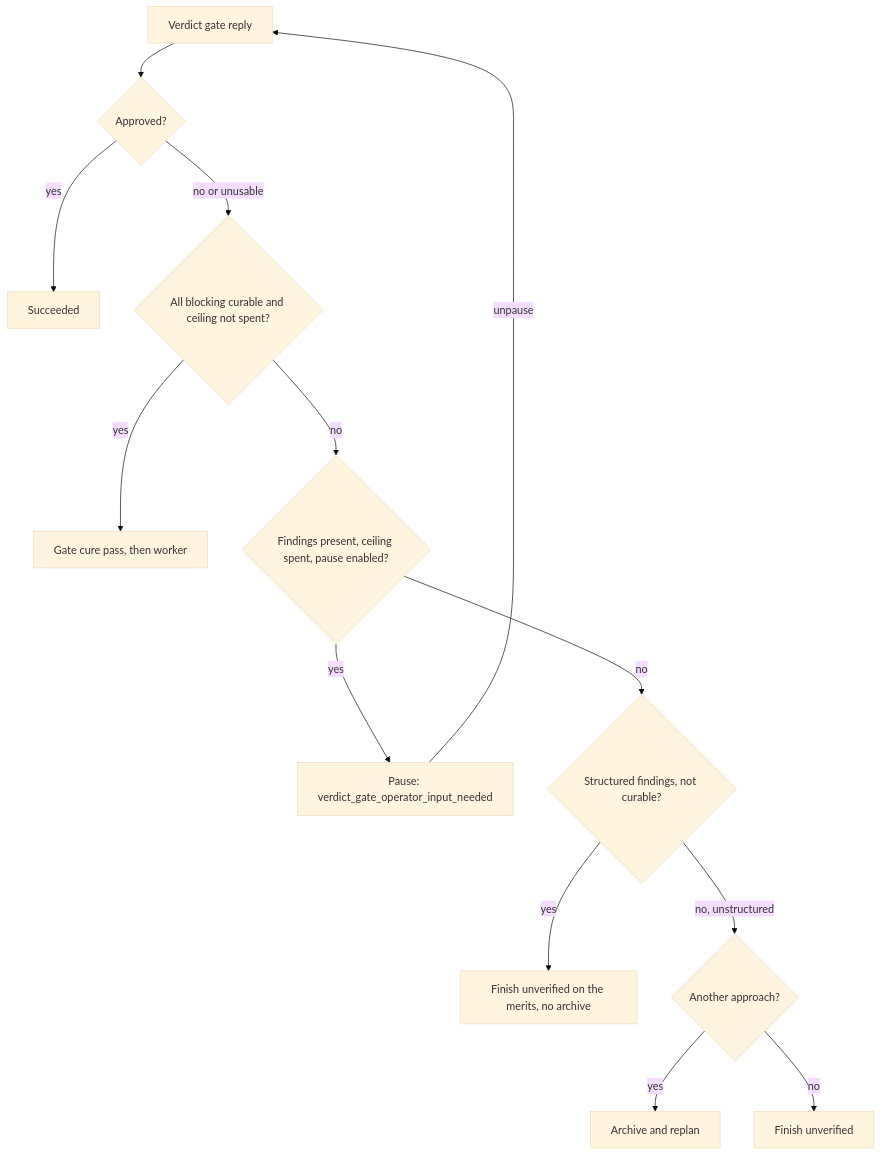
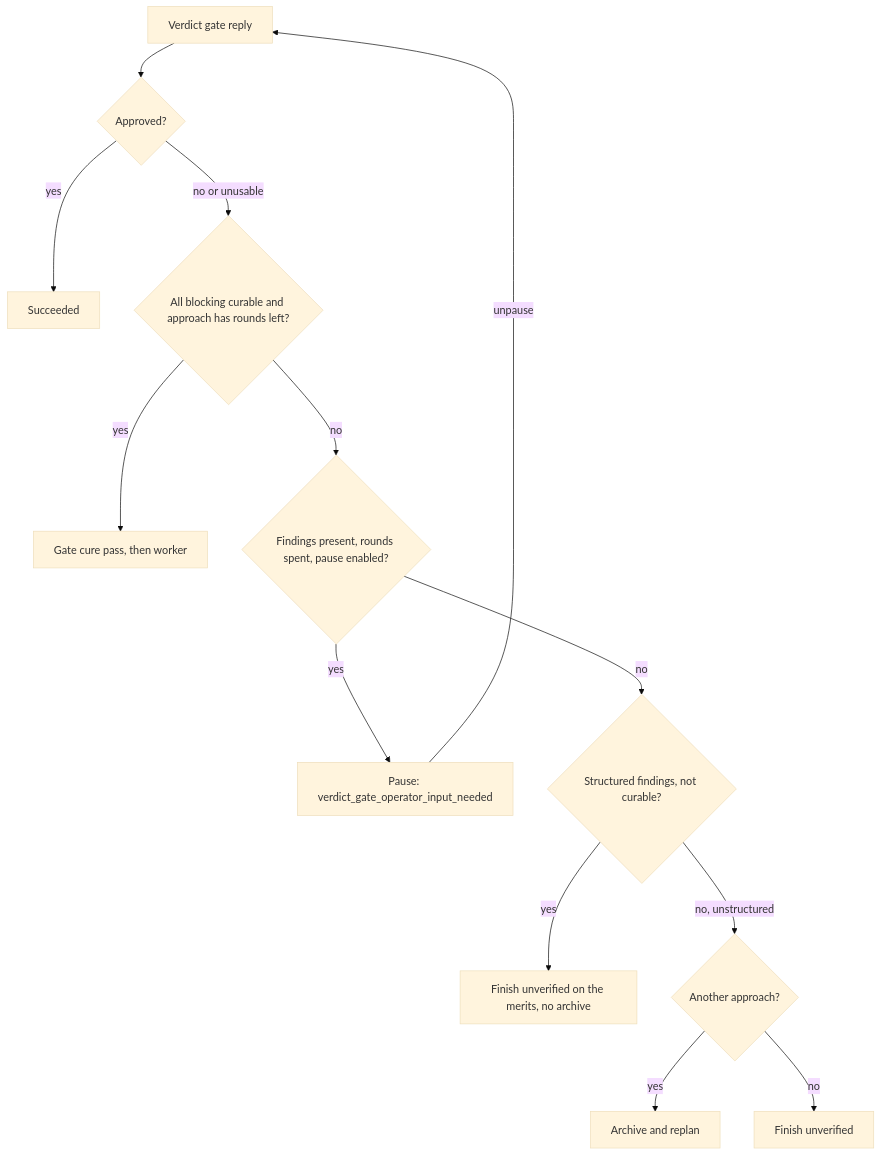
Before and after one commit to n-orlov/ralphd: the sixth of 10 diagrams in docs/solution-tech-spec.md, drawn with Mermaid (base theme). The commit also changed other lines of this file and 5 other files, not shown here.

First line of the commit message:
docs: describe shared per-approach cure rounds and no-progress curing everywhere (#304)

````diff
--- a/docs/solution-tech-spec.md
+++ b/docs/solution-tech-spec.md
@@ -862,15 +868,15 @@
 ```mermaid
 flowchart TD
     Gate["Verdict gate reply"] --> Approved{"Approved?"}
     Approved -->|yes| Success["Succeeded"]
-    Approved -->|no or unusable| CurableG{"All blocking curable and ceiling not spent?"}
+    Approved -->|no or unusable| CurableG{"All blocking curable and approach has rounds left?"}
     CurableG -->|yes| CureG["Gate cure pass, then worker"]
-    CurableG -->|no| Spent{"Findings present, ceiling spent, pause enabled?"}
+    CurableG -->|no| Spent{"Findings present, rounds spent, pause enabled?"}
     Spent -->|yes| PauseG["Pause: verdict_gate_operator_input_needed"]
     PauseG -->|unpause| Gate
     Spent -->|no| Merits{"Structured findings, not curable?"}
     Merits -->|yes| FailG["Finish unverified on the merits, no archive"]
     Merits -->|no, unstructured| Archive{"Another approach?"}
     Archive -->|yes| Replan["Archive and replan"]
     Archive -->|no| FailG2["Finish unverified"]
 ```
````
